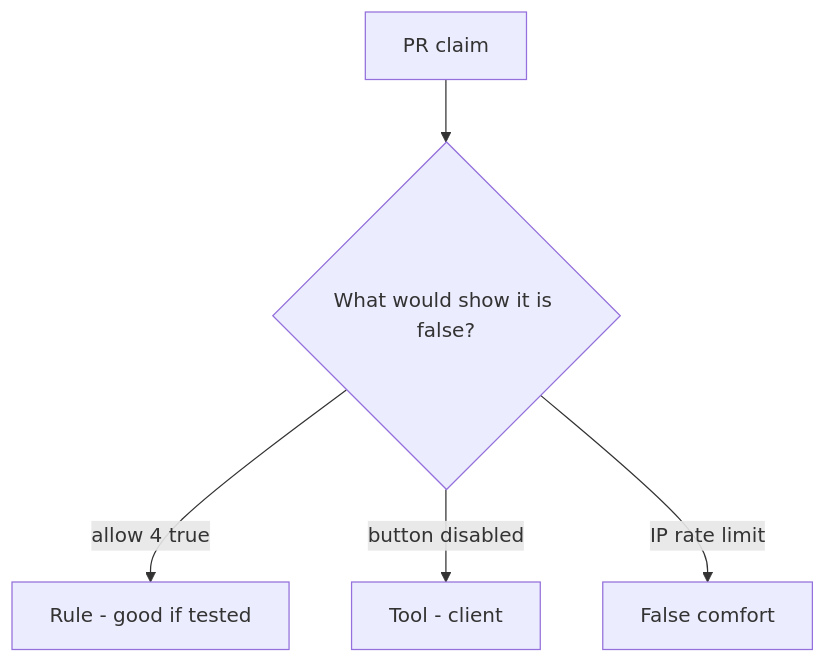
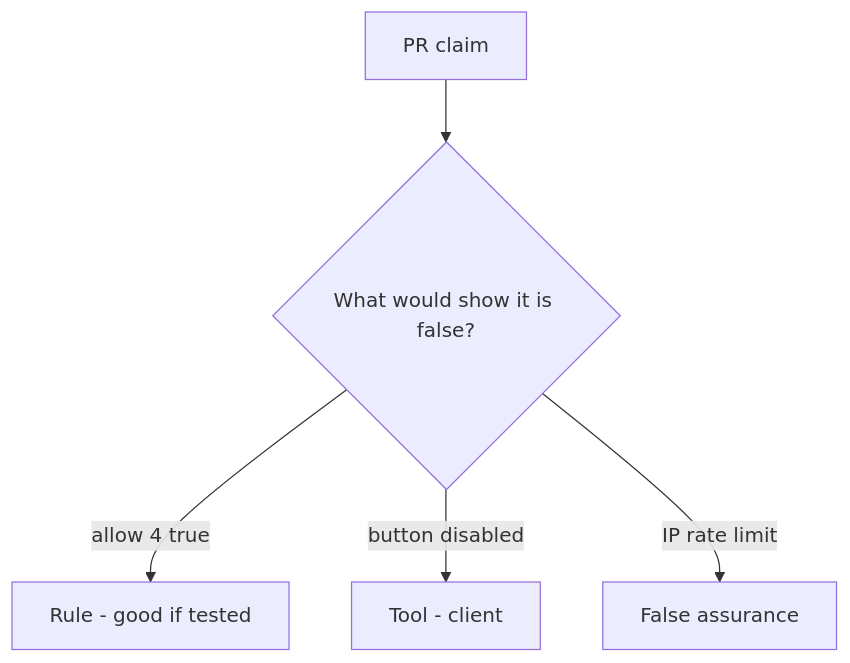
One commit to ishitvagoel/LearnSecurity changed the diagram in content/modules/6/6.7/lessons/08-review.md. Above: the diagram before and after it, drawn with Mermaid. The commit also changed other lines of this file and 240 other files, not shown here.

````diff
--- a/content/modules/6/6.7/lessons/08-review.md
+++ b/content/modules/6/6.7/lessons/08-review.md
@@ -18,7 +18,7 @@
 ```mermaid
 flowchart TD
   Claim[PR claim] --> Q{"What would show it is false?"}
   Q -->|"allow 4 true"| Property["Rule - good if tested"]
   Q -->|"button disabled"| Mechanism[Tool - client]
-  Q -->|"IP rate limit"| False[False comfort]
+  Q -->|"IP rate limit"| False[False assurance]
 ```
````
